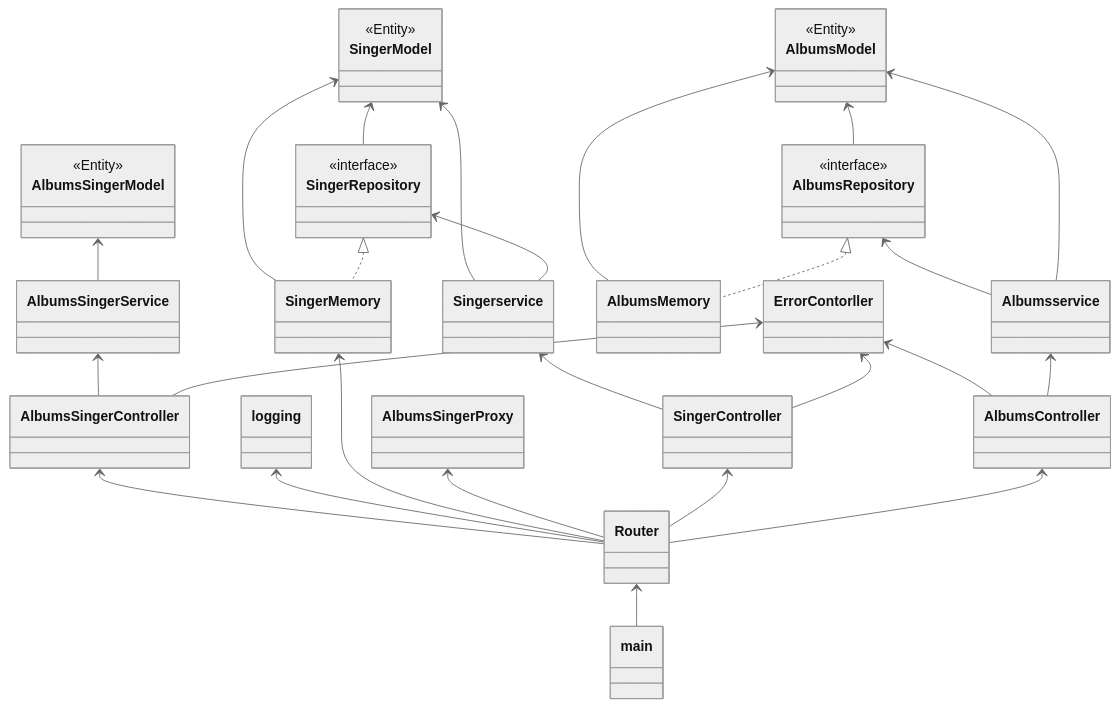
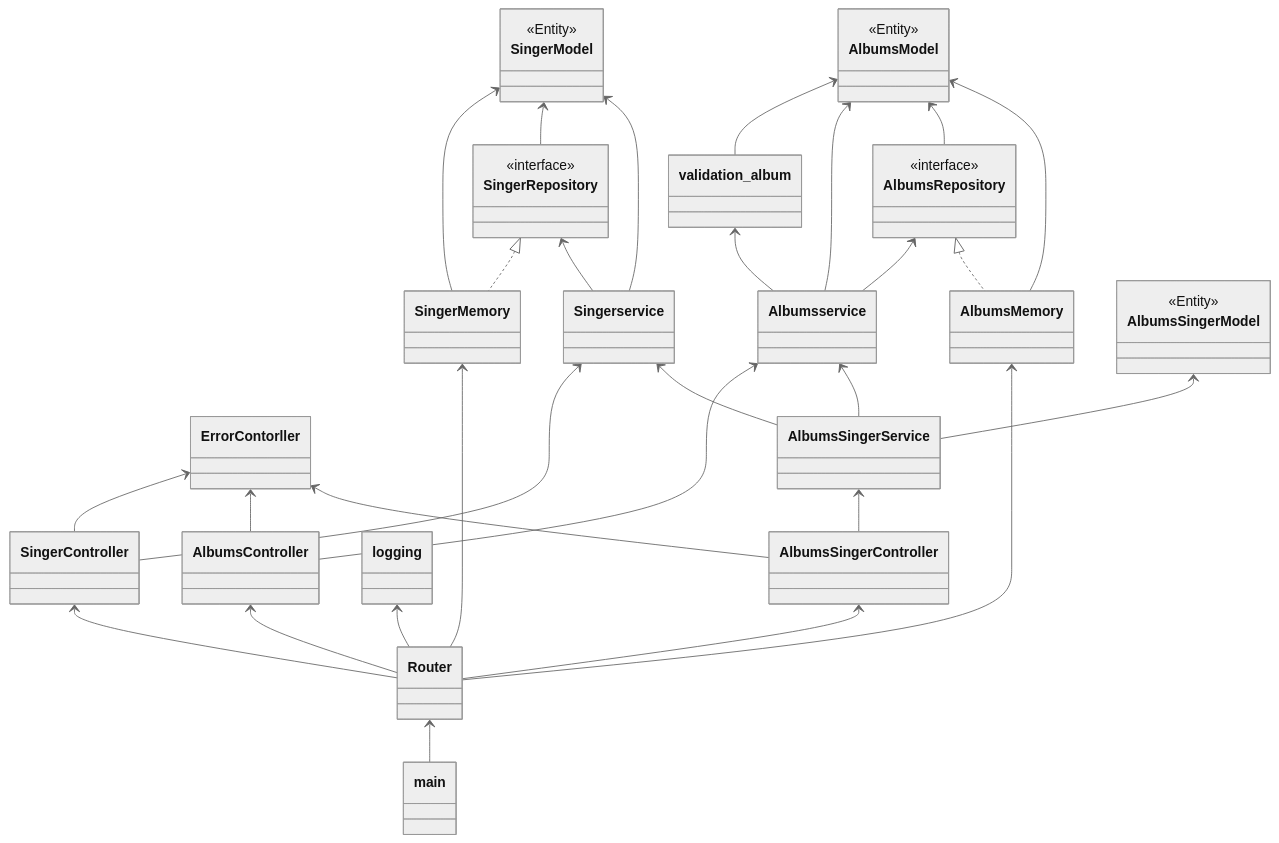
One commit to touka-aoi/server-recruit-challenge-2024 changed the diagram in architecture.md. Above: the diagram before and after it, drawn with Mermaid (neutral theme).

````diff
--- a/architecture.md
+++ b/architecture.md
@@ -1,68 +1,71 @@
 ```mermaid
 classDiagram
 
 class Singerservice
 class SingerRepository
 class SingerModel
 class SingerMemory
 class SingerController
 <<interface>> SingerRepository
 <<Entity>> SingerModel
 
+class validation_album
 class Albumsservice
 class AlbumsRepository
 class AlbumsModel
 class AlbumsMemory
 class AlbumsController
 <<interface>> AlbumsRepository
 <<Entity>> AlbumsModel
 
 class AlbumsSingerModel
 <<Entity>> AlbumsSingerModel
-
-class AlbumsSingerProxy
 
 class Router
 class logging
 
 class main
 class ErrorContorller
 
 SingerModel <-- SingerMemory
 SingerRepository <|.. SingerMemory
 SingerModel <-- SingerRepository
 SingerModel <-- Singerservice
 SingerRepository <-- Singerservice
 Singerservice <-- SingerController
 ErrorContorller <-- SingerController
 
 ErrorContorller <-- AlbumsController
 
 Albumsservice <-- AlbumsController
 AlbumsRepository <-- Albumsservice
+AlbumsModel <-- validation_album
+validation_album <-- Albumsservice
 AlbumsModel <-- Albumsservice
 AlbumsModel <-- AlbumsRepository
 AlbumsModel <-- AlbumsMemory
 AlbumsRepository <|.. AlbumsMemory
 
+
+Albumsservice <-- AlbumsSingerService
+Singerservice <-- AlbumsSingerService
 AlbumsSingerModel <-- AlbumsSingerService
 AlbumsSingerService <-- AlbumsSingerController
 ErrorContorller <-- AlbumsSingerController
 AlbumsSingerController <-- Router
 
 logging <-- Router
 SingerMemory <-- Router
-%% AlbumsMemory <-- Router
-AlbumsSingerProxy <-- Router
+AlbumsMemory <-- Router
 SingerController <-- Router
 AlbumsController <-- Router
 Router <-- main
 
 %% AlbumsRepository <-- AlbumsSingerservice
 %% AlbumsModel <-- AlbumsSingerservice
 %% AlbumsSingerservice <-- AlbumsController
 
 
 
 
 ```
````
